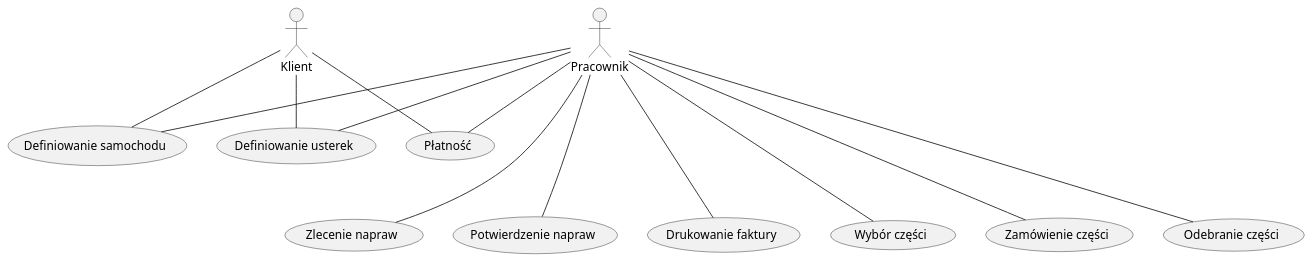
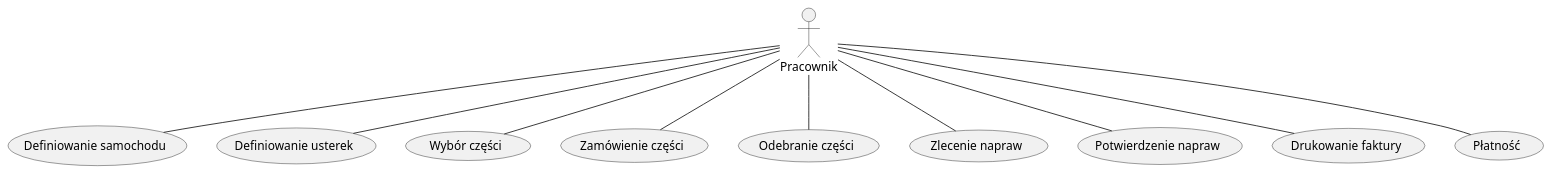
One commit to KamilDabkowski/SerwisSamochodowy changed the diagram in Diagramy/SerwisSamochodowyUsecaseDiagram.plantuml. Above: the diagram before and after it, drawn with PlantUML.

Commit message:
usuniecie klienta z usecase

```diff
--- a/Diagramy/SerwisSamochodowyUsecaseDiagram.plantuml
+++ b/Diagramy/SerwisSamochodowyUsecaseDiagram.plantuml
@@ -1,30 +1,25 @@
 @startuml
 
-actor Klient 
 actor Pracownik
 
 usecase (Definiowanie samochodu)
 usecase (Definiowanie usterek)
 usecase (Wybór części)
 usecase (Zamówienie części)
 usecase (Odebranie części)
 usecase (Zlecenie napraw)
 usecase (Potwierdzenie napraw)
 usecase (Drukowanie faktury)
 usecase (Płatność)
 
-Klient -- (Definiowanie samochodu)
-Klient -- (Definiowanie usterek)
-Klient -- (Płatność)
-
 Pracownik -- (Definiowanie samochodu)
 Pracownik -- (Definiowanie usterek)
-Pracownik --- (Wybór części)
-Pracownik --- (Zamówienie części)
-Pracownik --- (Odebranie części)
-Pracownik --- (Zlecenie napraw)
-Pracownik --- (Potwierdzenie napraw)
-Pracownik --- (Drukowanie faktury)
+Pracownik -- (Wybór części)
+Pracownik -- (Zamówienie części)
+Pracownik -- (Odebranie części)
+Pracownik -- (Zlecenie napraw)
+Pracownik -- (Potwierdzenie napraw)
+Pracownik -- (Drukowanie faktury)
 Pracownik -- (Płatność)
 
 @enduml
```
